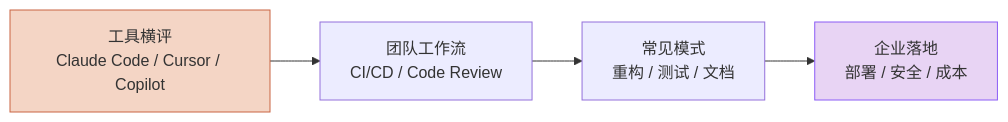
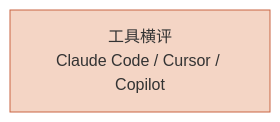
One commit to dukegod/ai-handbook changed the diagram in ai-coding/index.md. Above: the diagram before and after it, drawn with Mermaid. The commit also changed other lines of this file and 35 other files, not shown here.

````diff
--- a/ai-coding/index.md
+++ b/ai-coding/index.md
@@ -22,9 +22,6 @@
 ```mermaid
 flowchart LR
-  A[工具横评<br/>Claude Code / Cursor / Copilot] --> B[团队工作流<br/>CI/CD / Code Review]
-  B --> C[常见模式<br/>重构 / 测试 / 文档]
-  C --> D[企业落地<br/>部署 / 安全 / 成本]
+  A[工具横评<br/>Claude Code / Cursor / Copilot]
 
   style A fill:#f4d5c5,stroke:#c96442
-  style D fill:#e8d4f4,stroke:#8b5cf6
 ```
````
